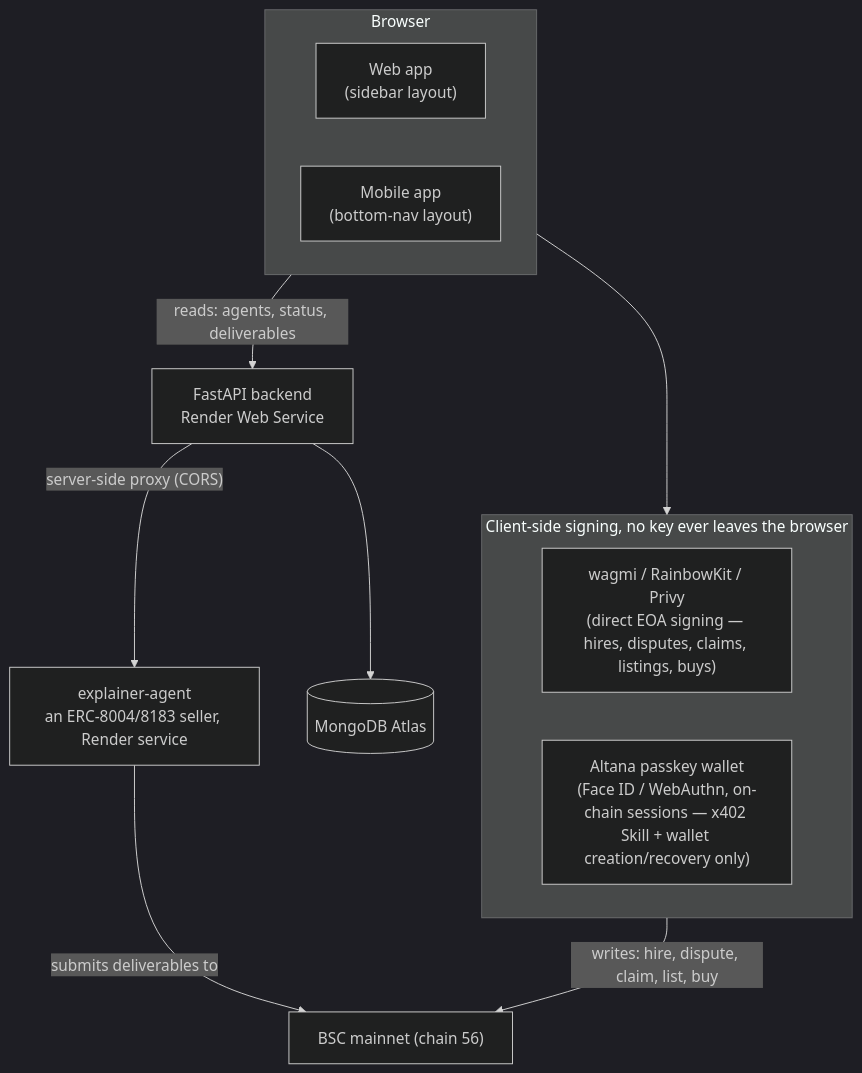
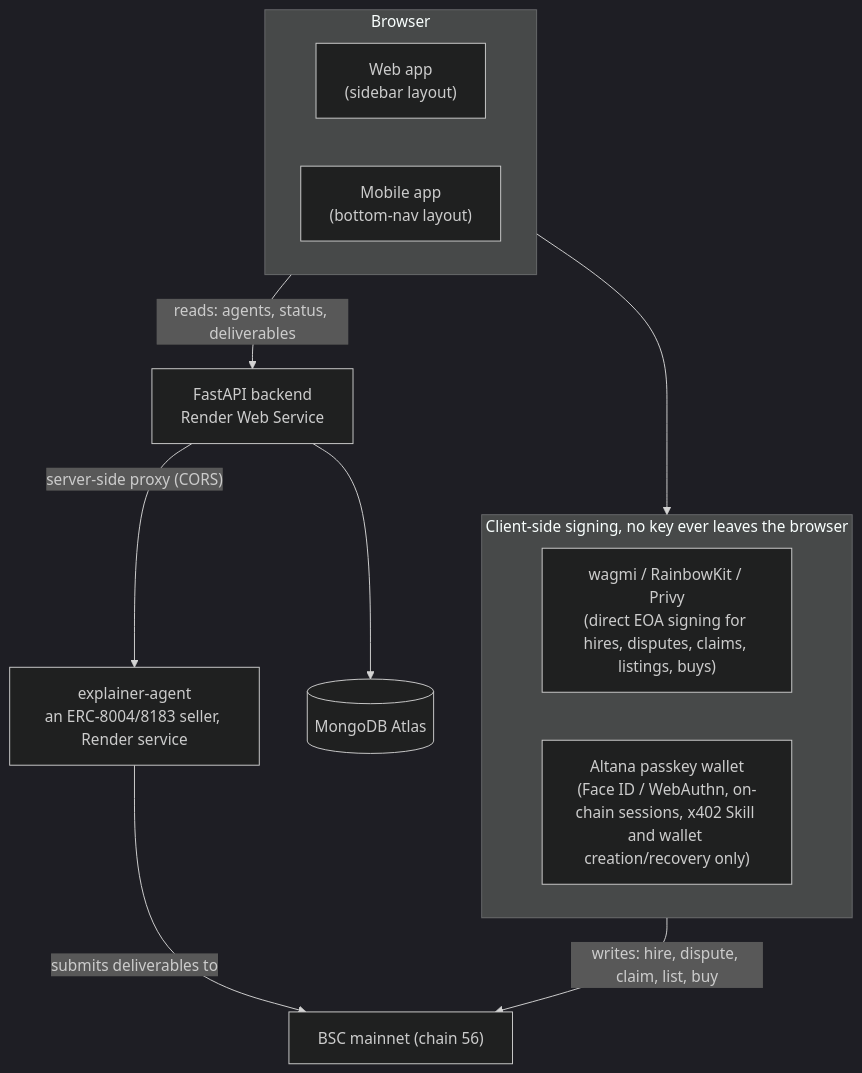
Before and after one commit to sabaazdn73/Agents-Marketplace: the diagram in docs/architecture.md, drawn with Mermaid (dark theme). The commit also changed other lines of this file and 191 other files, not shown here.

````diff
--- a/docs/architecture.md
+++ b/docs/architecture.md
@@ -7,24 +7,24 @@
 ```mermaid
 flowchart TB
     subgraph Client["Browser"]
         Web["Web app<br/>(sidebar layout)"]
         Mobile["Mobile app<br/>(bottom-nav layout)"]
     end
 
     subgraph Wallets["Client-side signing, no key ever leaves the browser"]
-        Wagmi["wagmi / RainbowKit / Privy<br/>(direct EOA signing — hires, disputes, claims, listings, buys)"]
-        Altana["Altana passkey wallet<br/>(Face ID / WebAuthn, on-chain sessions — x402 Skill + wallet creation/recovery only)"]
+        Wagmi["wagmi / RainbowKit / Privy<br/>(direct EOA signing for hires, disputes, claims, listings, buys)"]
+        Altana["Altana passkey wallet<br/>(Face ID / WebAuthn, on-chain sessions, x402 Skill and wallet creation/recovery only)"]
     end
 
     Backend["FastAPI backend<br/>Render Web Service"]
     Mongo[("MongoDB Atlas")]
     Chain["BSC mainnet (chain 56)"]
     Explainer["explainer-agent<br/>an ERC-8004/8183 seller, Render service"]
 
     Client --> Wallets
     Client -- "reads: agents, status, deliverables" --> Backend
     Wallets -- "writes: hire, dispute, claim, list, buy" --> Chain
     Backend --> Mongo
     Backend -- "server-side proxy (CORS)" --> Explainer
     Explainer -- "submits deliverables to" --> Chain
 ```
````
